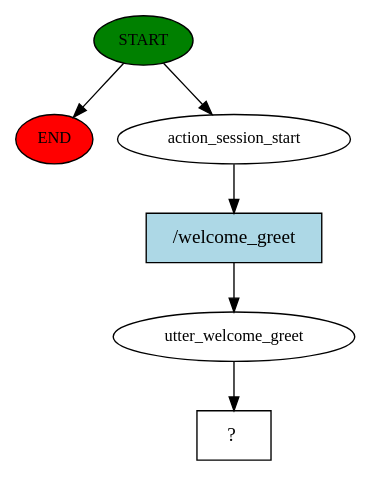
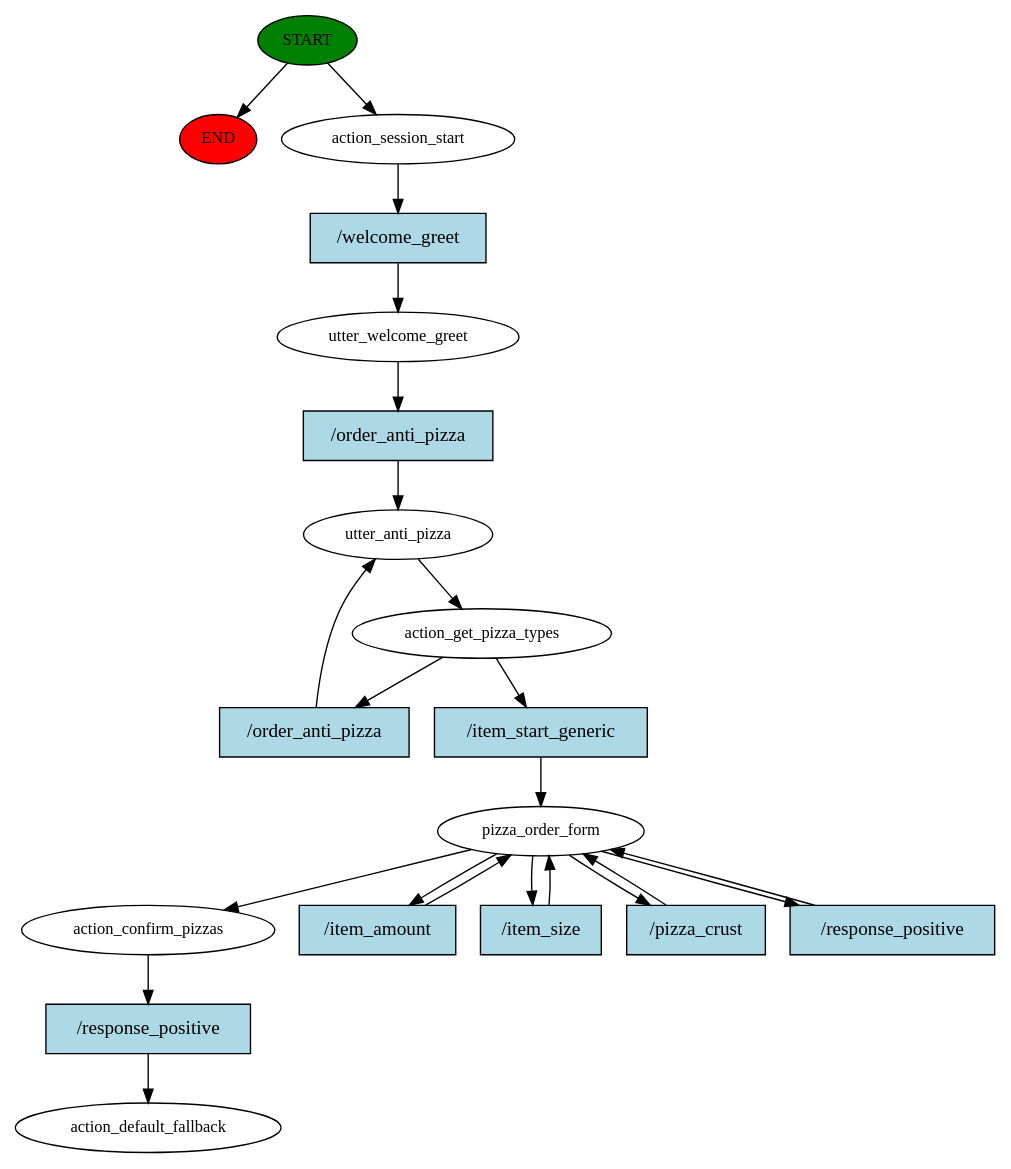
Before and after one commit to ericsua/PizzaBot: the diagram in story_graph.dot, drawn with Graphviz. The commit also changed 9 other files, not shown here.

Commit message:
fix names, anti pizza, fix summary order

```diff
--- a/story_graph.dot
+++ b/story_graph.dot
@@ -1,13 +1,42 @@
 digraph  {
 0 [class="start active", fillcolor=green, fontsize=12, label=START, style=filled];
 "-1" [class=end, fillcolor=red, fontsize=12, label=END, style=filled];
 1 [class=active, fontsize=12, label=action_session_start];
 2 [class=active, fontsize=12, label=utter_welcome_greet];
-3 [class="intent dashed active", label="  ?  ", shape=rect];
-4 [class="intent active", fillcolor=lightblue, label="/welcome_greet", shape=rect, style=filled];
+3 [class=active, fontsize=12, label=utter_anti_pizza];
+4 [class=active, fontsize=12, label=action_get_pizza_types];
+7 [class=active, fontsize=12, label=pizza_order_form];
+12 [class=active, fontsize=12, label=action_confirm_pizzas];
+13 [class="dashed active", fontsize=12, label=action_default_fallback];
+14 [class="intent active", fillcolor=lightblue, label="/welcome_greet", shape=rect, style=filled];
+15 [class="intent active", fillcolor=lightblue, label="/order_anti_pizza", shape=rect, style=filled];
+16 [class="intent active", fillcolor=lightblue, label="/order_anti_pizza", shape=rect, style=filled];
+17 [class="intent active", fillcolor=lightblue, label="/item_start_generic", shape=rect, style=filled];
+18 [class="intent active", fillcolor=lightblue, label="/item_amount", shape=rect, style=filled];
+19 [class="intent active", fillcolor=lightblue, label="/item_size", shape=rect, style=filled];
+20 [class="intent active", fillcolor=lightblue, label="/pizza_crust", shape=rect, style=filled];
+21 [class="intent active", fillcolor=lightblue, label="/response_positive", shape=rect, style=filled];
+22 [class="intent active", fillcolor=lightblue, label="/response_positive", shape=rect, style=filled];
 0 -> "-1"  [class="", key=NONE, label=""];
 0 -> 1  [class=active, key=NONE, label=""];
-1 -> 4  [class=active, key=0];
-2 -> 3  [class=active, key=NONE, label=""];
-4 -> 2  [class=active, key=0];
+1 -> 14  [class=active, key=0];
+2 -> 15  [class=active, key=0];
+3 -> 4  [class=active, key=NONE, label=""];
+4 -> 16  [class=active, key=0];
+4 -> 17  [class=active, key=0];
+7 -> 12  [class=active, key=NONE, label=""];
+7 -> 18  [class=active, key=0];
+7 -> 19  [class=active, key=0];
+7 -> 20  [class=active, key=0];
+7 -> 21  [class=active, key=0];
+12 -> 22  [class=active, key=0];
+14 -> 2  [class=active, key=0];
+15 -> 3  [class=active, key=0];
+16 -> 3  [class=active, key=0];
+17 -> 7  [class=active, key=0];
+18 -> 7  [class=active, key=0];
+19 -> 7  [class=active, key=0];
+20 -> 7  [class=active, key=0];
+21 -> 7  [class=active, key=0];
+22 -> 13  [class=active, key=0];
 }
```
